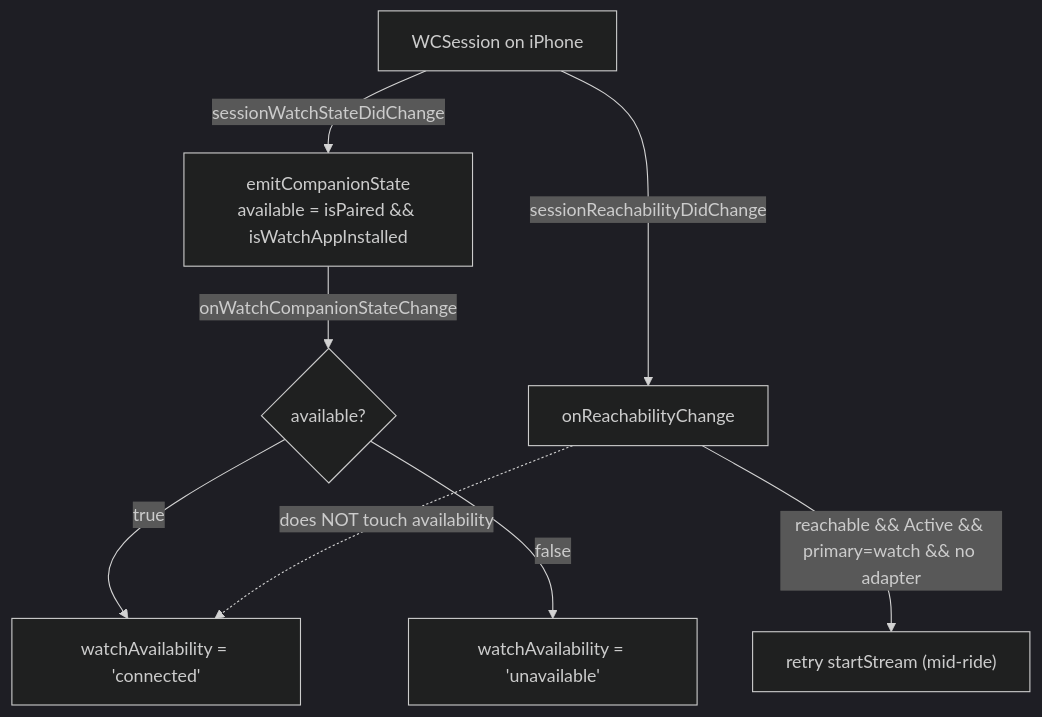
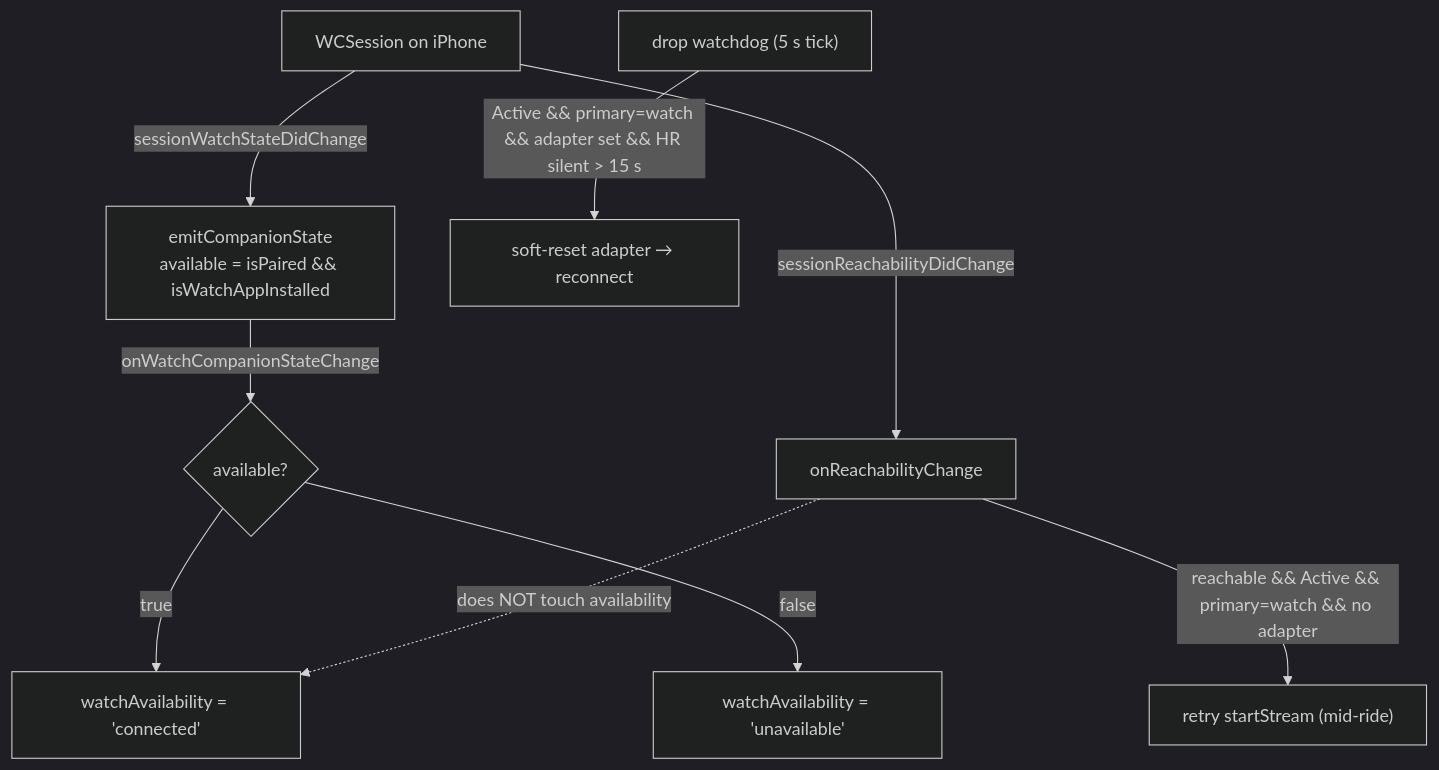
The sixth of 6 diagrams in docs/apple-watch/watch-iphone-communication.md (mike927/omni-bike-rn), drawn with Mermaid (dark theme) before and after one commit. The commit also changed other lines of this file and 4 other files, not shown here.

First line of the commit message:
harden(watch): HR-drop recovery, concurrency isolation, 3-transport de-dup, pause/resume race (#92)

````diff
--- a/docs/apple-watch/watch-iphone-communication.md
+++ b/docs/apple-watch/watch-iphone-communication.md
@@ -273,10 +289,11 @@
 ```mermaid
 flowchart TD
   A["WCSession on iPhone"] -->|sessionWatchStateDidChange| B["emitCompanionState<br/>available = isPaired && isWatchAppInstalled"]
   B -->|onWatchCompanionStateChange| C{"available?"}
   C -->|true| D["watchAvailability = 'connected'"]
   C -->|false| E["watchAvailability = 'unavailable'"]
   A -->|sessionReachabilityDidChange| F["onReachabilityChange"]
   F -->|reachable && Active && primary=watch && no adapter| G["retry startStream (mid-ride)"]
   F -.->|does NOT touch availability| D
+  W["drop watchdog (5 s tick)"] -->|Active && primary=watch && adapter set && HR silent > 15 s| H["soft-reset adapter → reconnect"]
 ```
````
